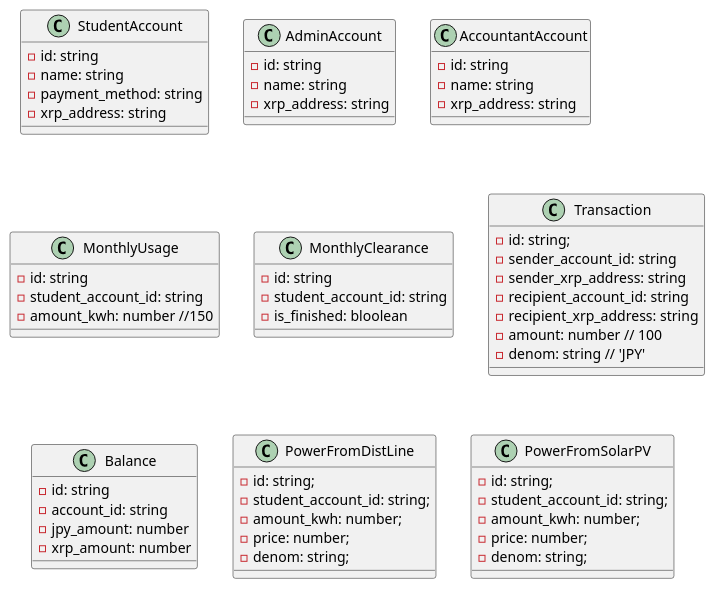
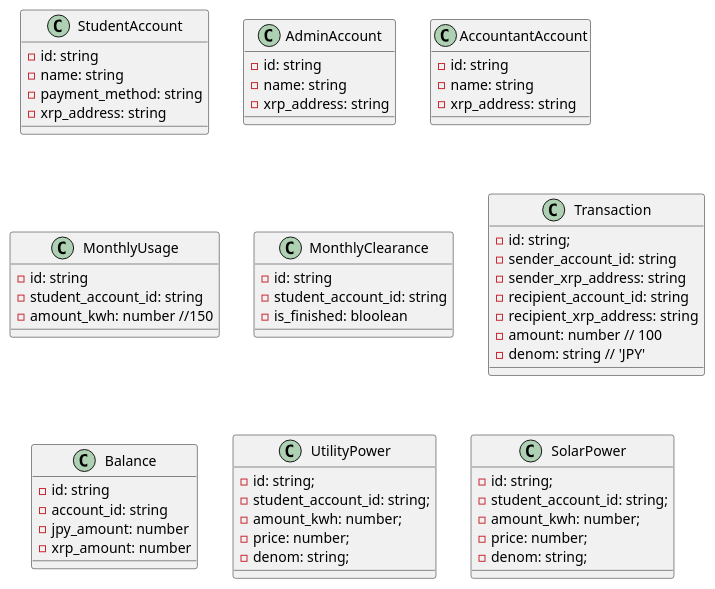
The diagram in docs/Class.plantuml (KyotoUniv-SIC/electoric-power-exchange), drawn with PlantUML before and after one commit. The commit also changed 6 other files, not shown here.

```diff
--- a/docs/Class.plantuml
+++ b/docs/Class.plantuml
@@ -1,65 +1,65 @@
 @startuml class
 class StudentAccount {
   - id: string
   - name: string
   - payment_method: string
   - xrp_address: string
 }
 
 class AdminAccount {
   - id: string
   - name: string
   - xrp_address: string
 }
 
 class AccountantAccount {
   - id: string
   - name: string
   - xrp_address: string
 }
 
 class MonthlyUsage {
   - id: string
   - student_account_id: string
   - amount_kwh: number //150
 }
 
 class MonthlyClearance {
   - id: string
   - student_account_id: string
   - is_finished: bloolean
 }
 
 class Transaction {
   - id: string;
   - sender_account_id: string
   - sender_xrp_address: string
   - recipient_account_id: string
   - recipient_xrp_address: string
   - amount: number // 100
   - denom: string // 'JPY'
 }
 
 class Balance {
   - id: string
   - account_id: string
   - jpy_amount: number
   - xrp_amount: number
 }
 
-class PowerFromDistLine {
+class UtilityPower {
   - id: string;
   - student_account_id: string;
   - amount_kwh: number;
   - price: number;
   - denom: string;
 }
 
-class PowerFromSolarPV {
+class SolarPower {
   - id: string;
   - student_account_id: string;
   - amount_kwh: number;
   - price: number;
   - denom: string;
 }
 @enduml
```
